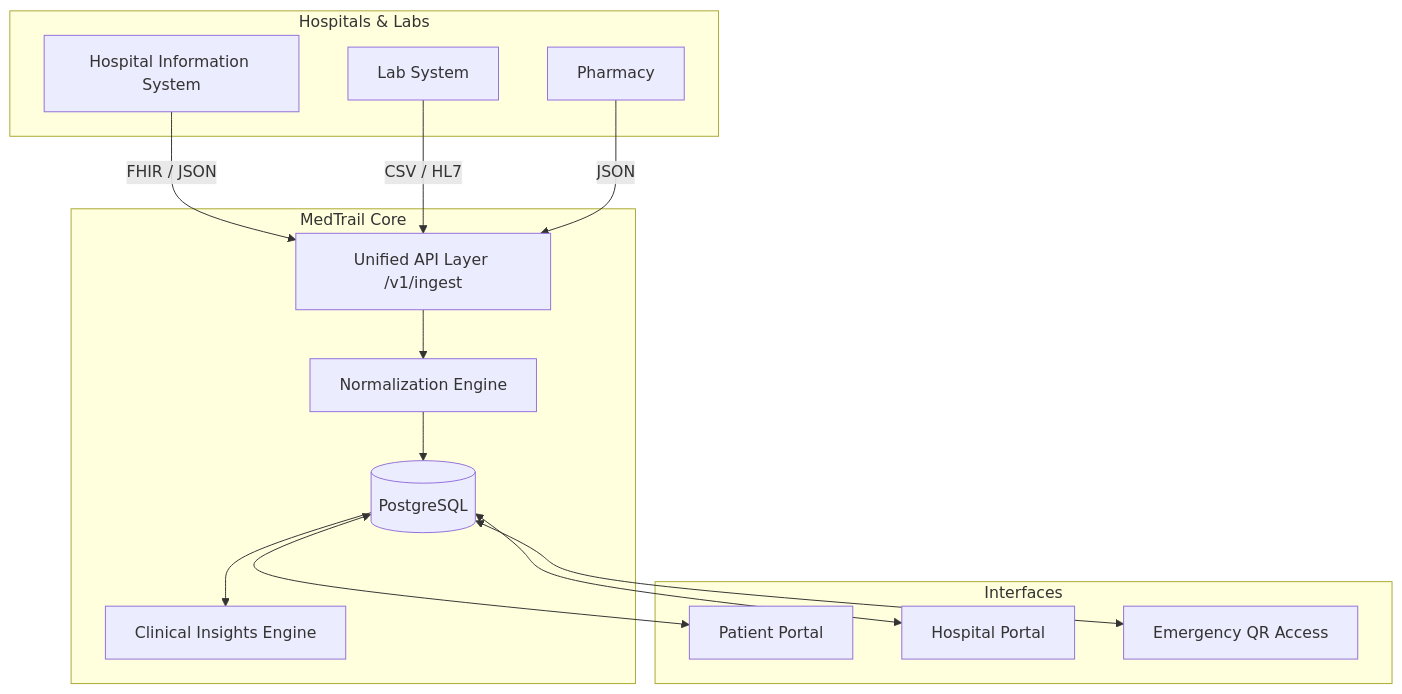
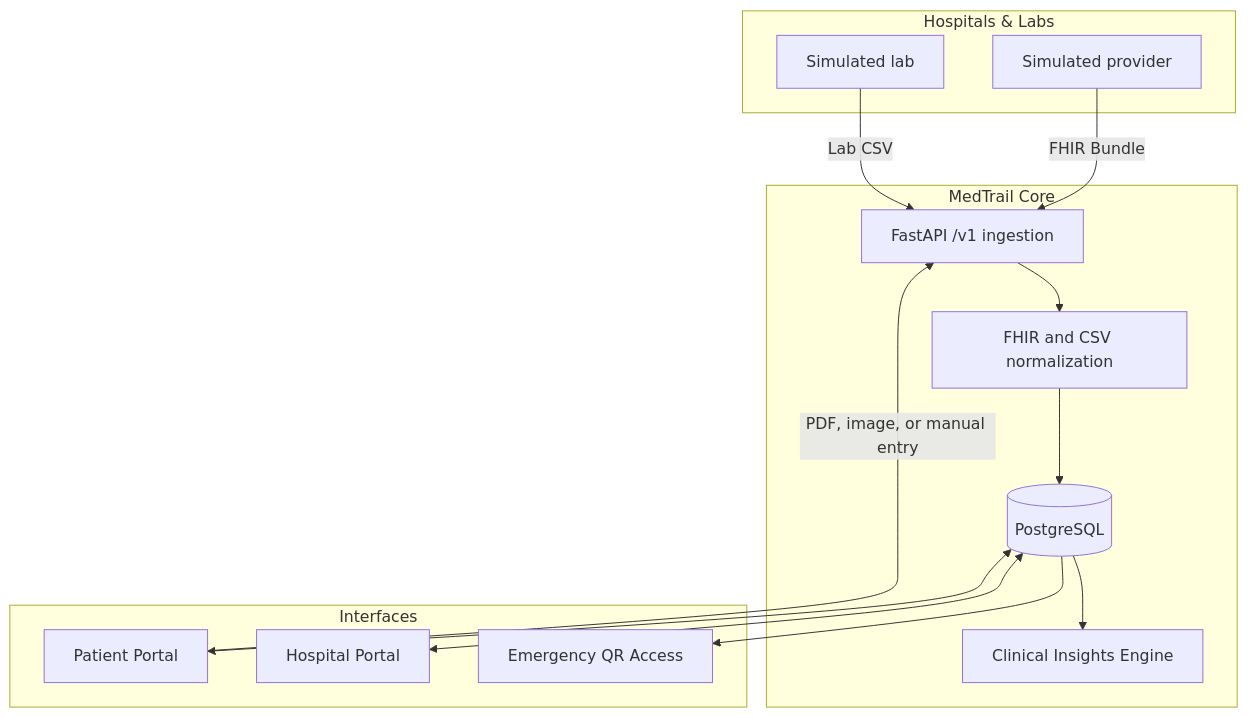
One commit to mshezan/bitsandbytesmedtrail changed the diagram in README.md. Above: the diagram before and after it, drawn with Mermaid. The commit also changed other lines of this file and 68 other files, not shown here.

````diff
--- a/README.md
+++ b/README.md
@@ -7,33 +7,32 @@
 ```mermaid
 flowchart TD
     subgraph Hospitals & Labs
-        HIS[Hospital Information System]
-        LIMS[Lab System]
-        Pharm[Pharmacy]
+        Provider[Simulated provider]
+        Lab[Simulated lab]
     end
     
     subgraph MedTrail Core
-        API[Unified API Layer /v1/ingest]
-        Norm[Normalization Engine]
+        API[FastAPI /v1 ingestion]
+        Norm[FHIR and CSV normalization]
         DB[(PostgreSQL)]
         Insights[Clinical Insights Engine]
     end
     
     subgraph Interfaces
         Patient[Patient Portal]
         Clinician[Hospital Portal]
         ER[Emergency QR Access]
     end
     
-    HIS -->|FHIR / JSON| API
-    LIMS -->|CSV / HL7| API
-    Pharm -->|JSON| API
+    Provider -->|FHIR Bundle| API
+    Lab -->|Lab CSV| API
+    Patient -->|PDF, image, or manual entry| API
     
     API --> Norm
     Norm --> DB
     DB --> Insights
     
     DB <--> Patient
     DB <--> Clinician
-    DB <--> ER
+    DB --> ER
 ```
````
